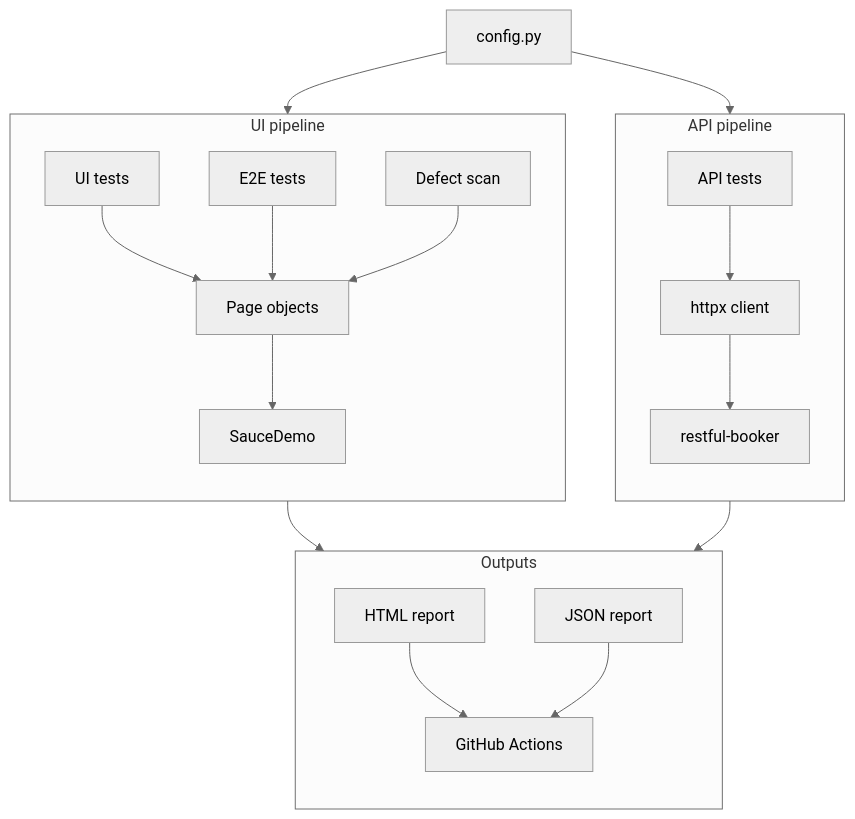
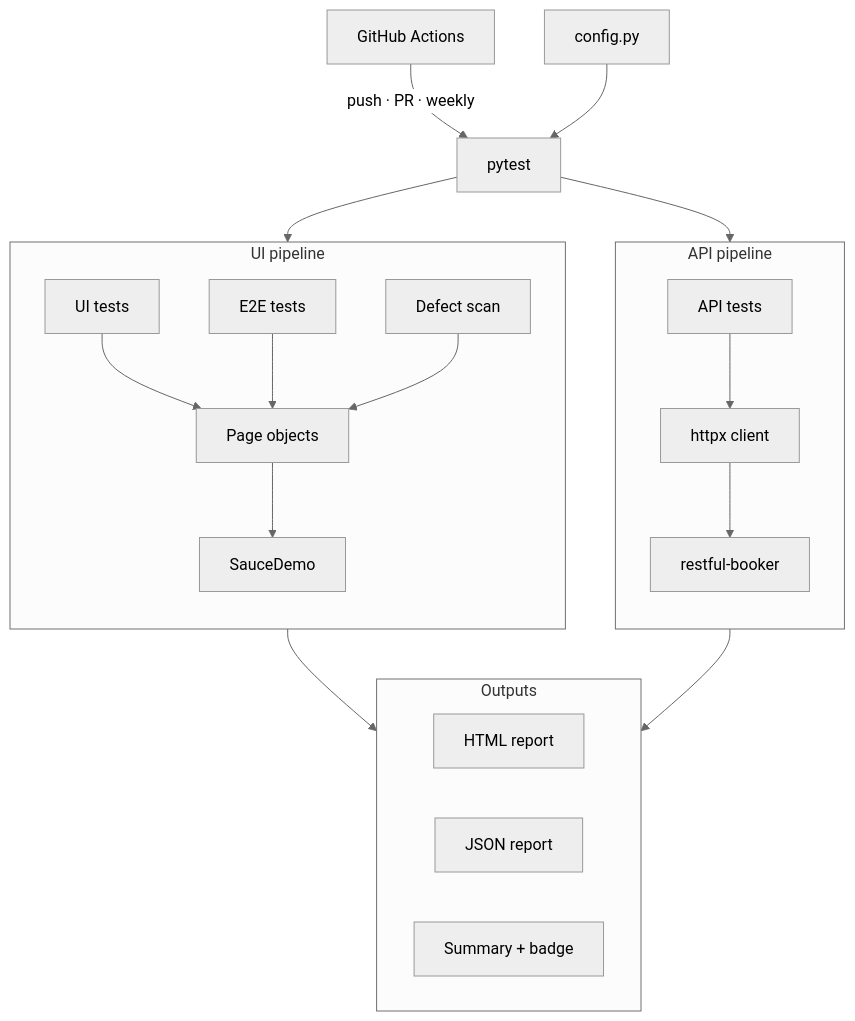
The diagram in README.md (TheodorGit/playwright-test-framework), drawn with Mermaid (neutral theme) before and after one commit.

Commit message:
docs: draw architecture diagram as control flow with CI as the trigger
GitHub Actions triggers pytest on push, PR or the weekly schedule;
pytest fans out to the two pipelines and results land in outputs.
The previous version showed reports flowing into GitHub Actions,
which read as if CI were a downstream consumer of the tests instead
of the thing that runs them

````diff
--- a/README.md
+++ b/README.md
@@ -32,40 +32,42 @@
 ```mermaid
 flowchart TB
+    CI["GitHub Actions"]
     CONFIG["config.py"]
+    RUN["pytest"]
 
     subgraph UIP["UI pipeline"]
         direction TB
         FUNC["UI tests"]
         E2E["E2E tests"]
         DEF["Defect scan"]
         POM["Page objects"]
         SD["SauceDemo"]
         FUNC --> POM
         E2E --> POM
         DEF --> POM
         POM --> SD
     end
 
     subgraph APIP["API pipeline"]
         direction TB
         APIT["API tests"]
         HTTPX["httpx client"]
         RB["restful-booker"]
         APIT --> HTTPX
         HTTPX --> RB
     end
 
     subgraph OUTS["Outputs"]
-        direction TB
+        direction LR
         HTML["HTML report"]
         JSON["JSON report"]
-        CI["GitHub Actions"]
-        HTML --> CI
-        JSON --> CI
+        BADGE["Summary + badge"]
     end
 
-    CONFIG --> UIP
-    CONFIG --> APIP
+    CI -->|"push · PR · weekly"| RUN
+    CONFIG --> RUN
+    RUN --> UIP
+    RUN --> APIP
     UIP --> OUTS
     APIP --> OUTS
 ```
````
